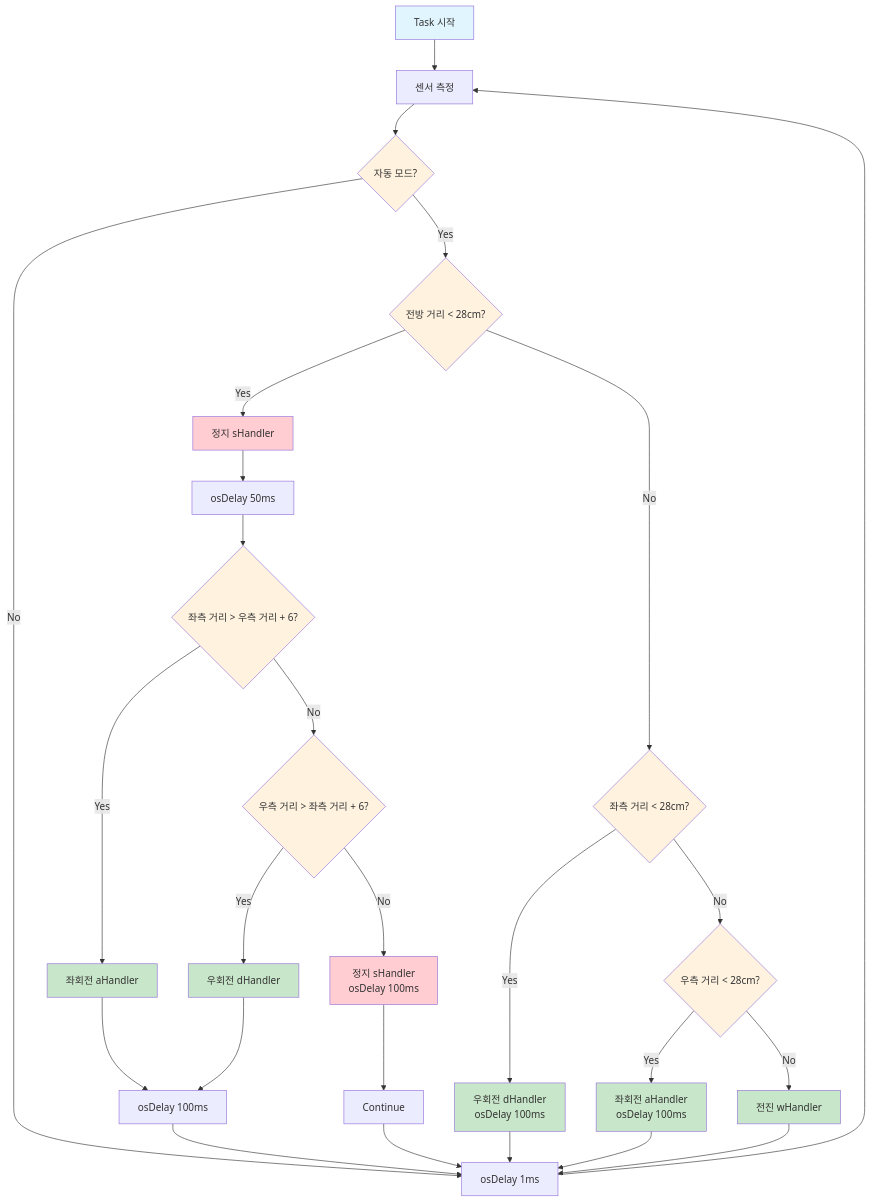
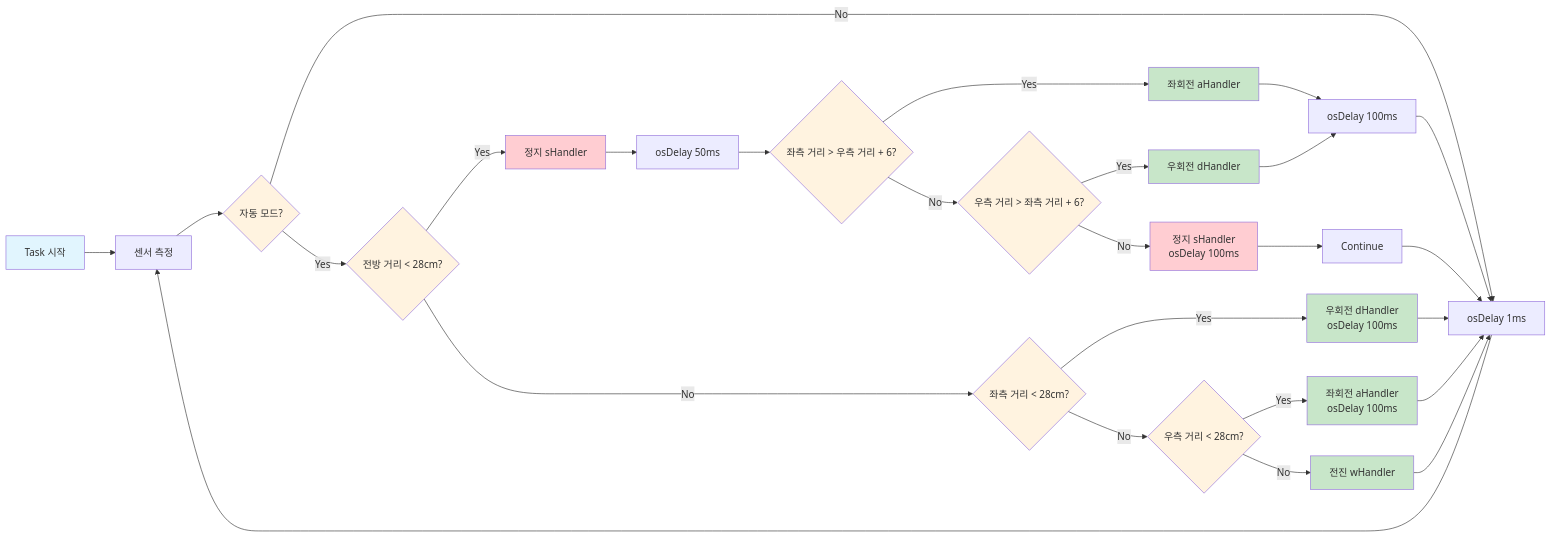
One commit to alsgudrl132/car-project changed the diagram in README.md. Above: the diagram before and after it, drawn with Mermaid.

````diff
--- a/README.md
+++ b/README.md
@@ -95,54 +95,54 @@
 ```mermaid
-flowchart TD
+flowchart LR
     A[Task 시작] --> B[센서 측정]
 
     B --> G{자동 모드?}
     G -->|No| Z[osDelay 1ms]
     G -->|Yes| H{전방 거리 < 28cm?}
     
     H -->|Yes| I[정지 sHandler]
     H -->|No| J{좌측 거리 < 28cm?}
     
     I --> K[osDelay 50ms]
     K --> L{좌측 거리 > 우측 거리 + 6?}
     
     L -->|Yes| M[좌회전 aHandler]
     L -->|No| N{우측 거리 > 좌측 거리 + 6?}
     
     N -->|Yes| O[우회전 dHandler]
     N -->|No| P[정지 sHandler<br/>osDelay 100ms]
     
     P --> Q[Continue]
     Q --> Z
     
     M --> R[osDelay 100ms]
     O --> R
     R --> Z
     
     J -->|Yes| S[우회전 dHandler<br/>osDelay 100ms]
     J -->|No| T{우측 거리 < 28cm?}
     
     T -->|Yes| U[좌회전 aHandler<br/>osDelay 100ms]
     T -->|No| V[전진 wHandler]
     
     S --> Z
     U --> Z
     V --> Z
     
     Z --> B
     
     style A fill:#e1f5fe
     style G fill:#fff3e0
     style H fill:#fff3e0
     style J fill:#fff3e0
     style L fill:#fff3e0
     style N fill:#fff3e0
     style T fill:#fff3e0
     style M fill:#c8e6c9
     style O fill:#c8e6c9
     style S fill:#c8e6c9
     style U fill:#c8e6c9
     style V fill:#c8e6c9
     style I fill:#ffcdd2
     style P fill:#ffcdd2
 ```
````
